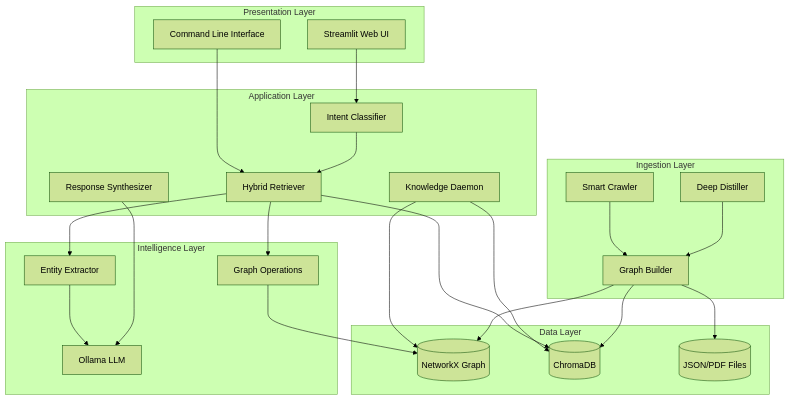
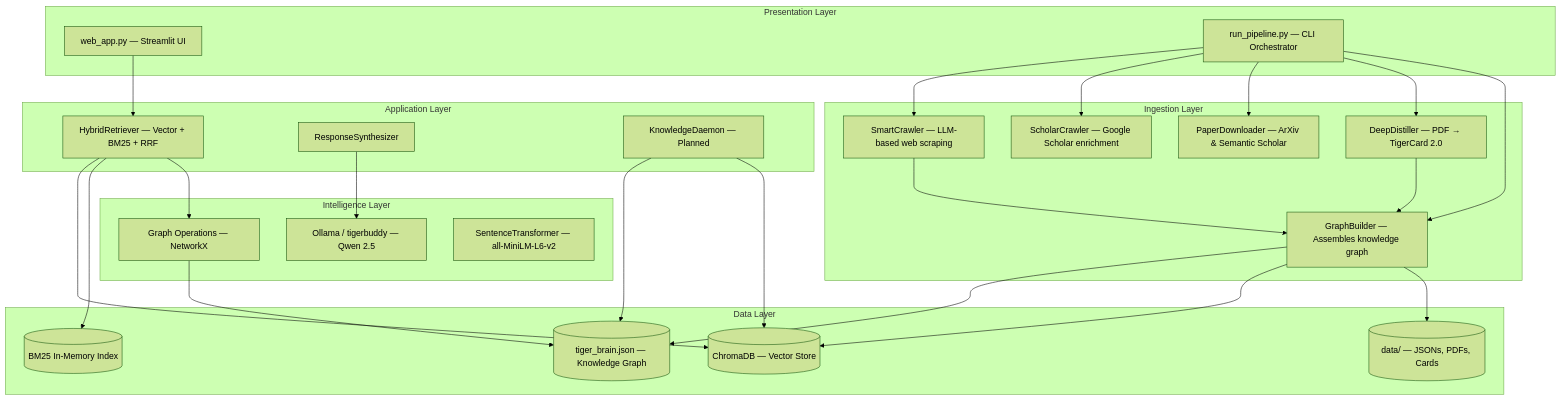
Before and after one commit to anurag2796/tiger_research_buddy: the first of 3 diagrams in docs/wiki/01_architecture.md, drawn with Mermaid (forest theme). The commit also changed other lines of this file and 7 other files, not shown here.

````diff
--- a/docs/wiki/01_architecture.md
+++ b/docs/wiki/01_architecture.md
@@ -78,49 +84,53 @@
 ```mermaid
 graph TB
     subgraph "Presentation Layer"
-        UI[Streamlit Web UI]
-        CLI[Command Line Interface]
+        UI[web_app.py — Streamlit UI]
+        CLI[run_pipeline.py — CLI Orchestrator]
     end
-    
+
     subgraph "Application Layer"
-        Intent[Intent Classifier]
-        Retriever[Hybrid Retriever]
-        Synthesizer[Response Synthesizer]
-        Daemon[Knowledge Daemon]
+        Retriever[HybridRetriever — Vector + BM25 + RRF]
+        Synthesizer[ResponseSynthesizer]
+        Daemon[KnowledgeDaemon — Planned]
     end
-    
+
     subgraph "Intelligence Layer"
-        LLM[Ollama LLM]
-        EntityExt[Entity Extractor]
-        GraphOps[Graph Operations]
+        LLM[Ollama / tigerbuddy — Qwen 2.5]
+        GraphOps[Graph Operations — NetworkX]
+        Embed[SentenceTransformer — all-MiniLM-L6-v2]
     end
-    
+
     subgraph "Data Layer"
-        Graph[(NetworkX Graph)]
-        Vector[(ChromaDB)]
-        Files[("JSON/PDF Files")]
+        Graph[(tiger_brain.json — Knowledge Graph)]
+        Vector[(ChromaDB — Vector Store)]
+        BM25[(BM25 In-Memory Index)]
+        Files[(data/ — JSONs, PDFs, Cards)]
     end
-    
+
     subgraph "Ingestion Layer"
-        Crawler[Smart Crawler]
-        Distiller[Deep Distiller]
-        Builder[Graph Builder]
+        Crawler[SmartCrawler — LLM-based web scraping]
+        Scholar[ScholarCrawler — Google Scholar enrichment]
+        Downloader[PaperDownloader — ArXiv & Semantic Scholar]
+        Distiller[DeepDistiller — PDF → TigerCard 2.0]
+        Builder[GraphBuilder — Assembles knowledge graph]
     end
-    
-    UI --> Intent
-    CLI --> Retriever
-    Intent --> Retriever
-    Retriever --> EntityExt
+
+    UI --> Retriever
+    CLI --> Crawler
+    CLI --> Scholar
+    CLI --> Downloader
+    CLI --> Distiller
+    CLI --> Builder
+    Retriever --> Vector
+    Retriever --> BM25
     Retriever --> GraphOps
-    Retriever --> Vector
-    EntityExt --> LLM
     GraphOps --> Graph
     Synthesizer --> LLM
     Daemon --> Graph
     Daemon --> Vector
     Crawler --> Builder
     Distiller --> Builder
     Builder --> Graph
     Builder --> Vector
     Builder --> Files
 ```
````
